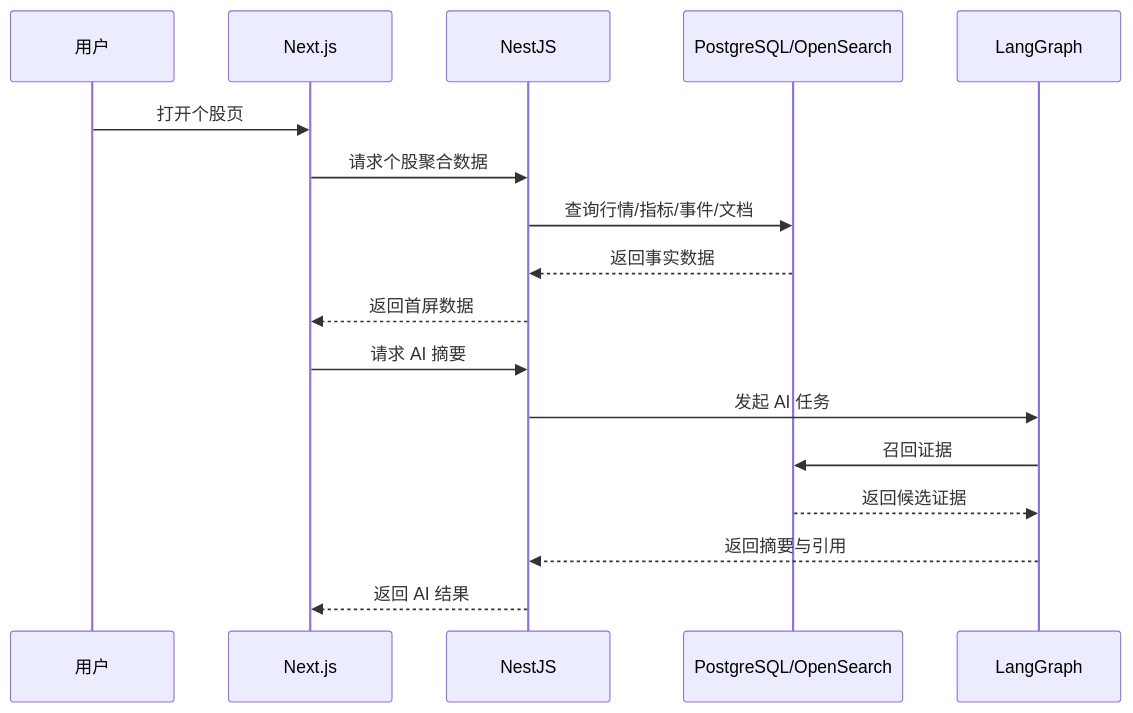
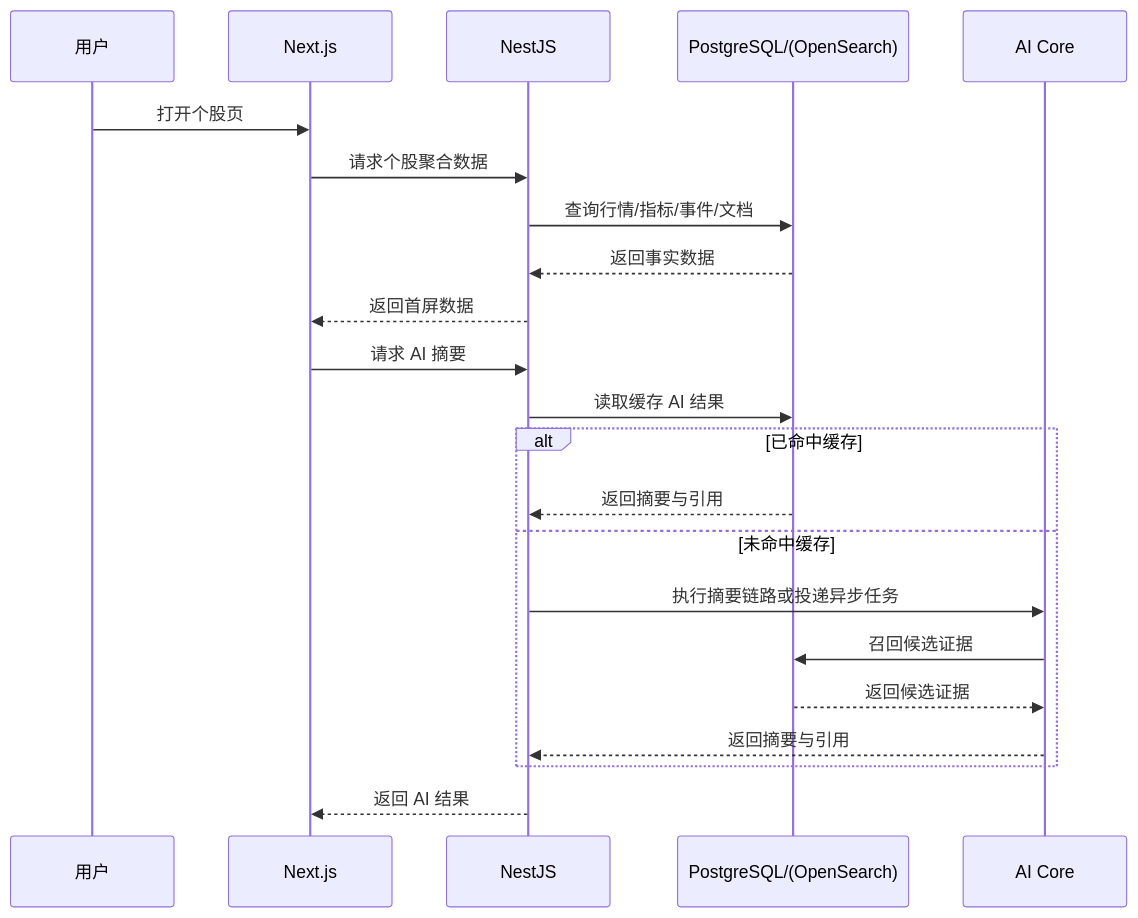
One commit to 583175694/alpha-sight changed diagram 11 of 15 in docs/technical-architecture.md. Above: the diagram before and after it, drawn with Mermaid. The commit also changed other lines of this file and 1 other file, not shown here.

First line of the commit message:
feat: update technical architecture documentation for v0.3

````diff
--- a/docs/technical-architecture.md
+++ b/docs/technical-architecture.md
@@ -731,20 +896,25 @@
 ```mermaid
 sequenceDiagram
     participant U as 用户
     participant FE as Next.js
     participant API as NestJS
-    participant DB as PostgreSQL/OpenSearch
-    participant AI as LangGraph
+    participant DB as PostgreSQL/(OpenSearch)
+    participant AICORE as AI Core
 
     U->>FE: 打开个股页
     FE->>API: 请求个股聚合数据
     API->>DB: 查询行情/指标/事件/文档
     DB-->>API: 返回事实数据
     API-->>FE: 返回首屏数据
     FE->>API: 请求 AI 摘要
-    API->>AI: 发起 AI 任务
-    AI->>DB: 召回证据
-    DB-->>AI: 返回候选证据
-    AI-->>API: 返回摘要与引用
+    API->>DB: 读取缓存 AI 结果
+    alt 已命中缓存
+        DB-->>API: 返回摘要与引用
+    else 未命中缓存
+        API->>AICORE: 执行摘要链路或投递异步任务
+        AICORE->>DB: 召回候选证据
+        DB-->>AICORE: 返回候选证据
+        AICORE-->>API: 返回摘要与引用
+    end
     API-->>FE: 返回 AI 结果
 ```
````
